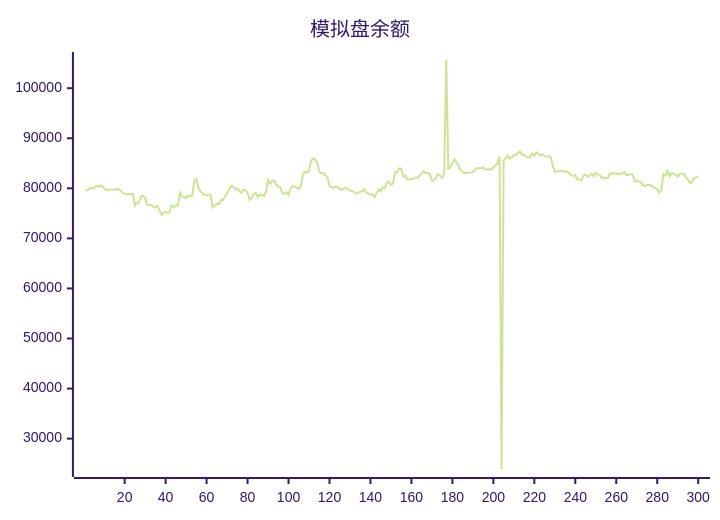
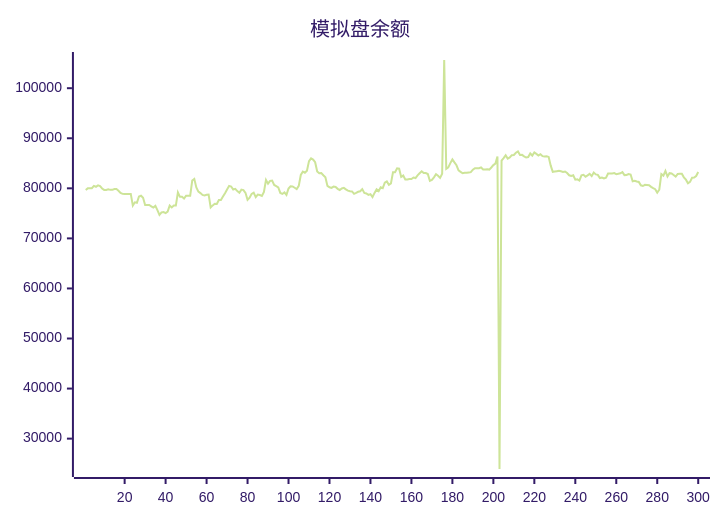
Before and after one commit to aahl/ai-trading: the diagram in README.md, drawn with Mermaid (forest theme). The commit also changed other lines of this file and 1 other file, not shown here.

````diff
--- a/README.md
+++ b/README.md
@@ -5,5 +5,5 @@
 ```mermaid
 xychart
     title "模拟盘余额"
-    line [79469,79673,79995,80015,80015,80486,80314,80600,80436,79966,79689,79689,79819,79692,79692,79850,79850,79518,79071,78889,78850,78850,78878,78878,76554,77202,77103,78357,78510,78106,76678,76677,76672,76411,76159,76485,75656,74695,75197,75246,75052,75334,76564,76179,76553,76551,79196,78300,78300,77944,78531,78531,78521,81564,81884,80160,79335,79055,78675,78580,78708,78764,76179,76586,76902,76876,77658,77669,78346,79023,79769,80497,80366,79761,79896,79448,79126,79749,79658,79097,77695,78114,78888,79126,78249,78738,78653,78478,79271,81680,80923,81488,81527,80681,80455,80190,79084,78879,79193,78686,79954,80403,80374,80118,79848,80491,82665,83351,83098,83525,85430,85983,85737,85221,83378,83014,83043,82613,82216,80477,80208,80081,80348,80277,79894,79670,79965,80093,79786,79542,79406,79371,78893,79087,79304,79406,79841,79072,78978,78696,78846,78272,79085,79787,79442,80198,80031,81120,81379,80718,80985,83214,83212,83993,83921,82270,82547,81776,81776,81866,81866,82158,82061,82596,83000,83408,83041,83050,82858,81503,81691,82188,82812,82517,82092,82901,105633,83898,84180,85030,85781,85178,84604,83569,83298,83008,83093,83107,83175,83228,83729,84025,84017,84019,84177,83775,83762,83785,83738,84160,84639,84939,86370,23934,85548,86046,86599,85942,86161,86622,86664,87115,87369,86666,86685,86384,86152,86243,86969,86548,87164,86885,86566,86809,86427,86348,86417,86273,84538,83299,83369,83430,83490,83404,83270,83362,83056,82605,82459,82614,81734,81788,81551,82598,82702,82320,82580,82878,82426,83139,82778,82686,82056,82166,81963,82110,82951,82983,82984,83038,82838,82915,82998,83235,82642,82682,82858,82746,81396,81512,81362,81277,80600,80461,80699,80673,80616,80288,80038,79836,79142,79722,82837,82533,83480,82366,83032,82960,82654,82330,82883,82934,82901,82188,81728,81005,81298,82110,82135,82449]
+    line [79673,79995,80015,80015,80486,80314,80600,80436,79966,79689,79689,79819,79692,79692,79850,79850,79518,79071,78889,78850,78850,78878,78878,76554,77202,77103,78357,78510,78106,76678,76677,76672,76411,76159,76485,75656,74695,75197,75246,75052,75334,76564,76179,76553,76551,79196,78300,78300,77944,78531,78531,78521,81564,81884,80160,79335,79055,78675,78580,78708,78764,76179,76586,76902,76876,77658,77669,78346,79023,79769,80497,80366,79761,79896,79448,79126,79749,79658,79097,77695,78114,78888,79126,78249,78738,78653,78478,79271,81680,80923,81488,81527,80681,80455,80190,79084,78879,79193,78686,79954,80403,80374,80118,79848,80491,82665,83351,83098,83525,85430,85983,85737,85221,83378,83014,83043,82613,82216,80477,80208,80081,80348,80277,79894,79670,79965,80093,79786,79542,79406,79371,78893,79087,79304,79406,79841,79072,78978,78696,78846,78272,79085,79787,79442,80198,80031,81120,81379,80718,80985,83214,83212,83993,83921,82270,82547,81776,81776,81866,81866,82158,82061,82596,83000,83408,83041,83050,82858,81503,81691,82188,82812,82517,82092,82901,105633,83898,84180,85030,85781,85178,84604,83569,83298,83008,83093,83107,83175,83228,83729,84025,84017,84019,84177,83775,83762,83785,83738,84160,84639,84939,86370,23934,85548,86046,86599,85942,86161,86622,86664,87115,87369,86666,86685,86384,86152,86243,86969,86548,87164,86885,86566,86809,86427,86348,86417,86273,84538,83299,83369,83430,83490,83404,83270,83362,83056,82605,82459,82614,81734,81788,81551,82598,82702,82320,82580,82878,82426,83139,82778,82686,82056,82166,81963,82110,82951,82983,82984,83038,82838,82915,82998,83235,82642,82682,82858,82746,81396,81512,81362,81277,80600,80461,80699,80673,80616,80288,80038,79836,79142,79722,82837,82533,83480,82366,83032,82960,82654,82330,82883,82934,82901,82188,81728,81005,81298,82110,82135,82449,83264]
 ```
````
